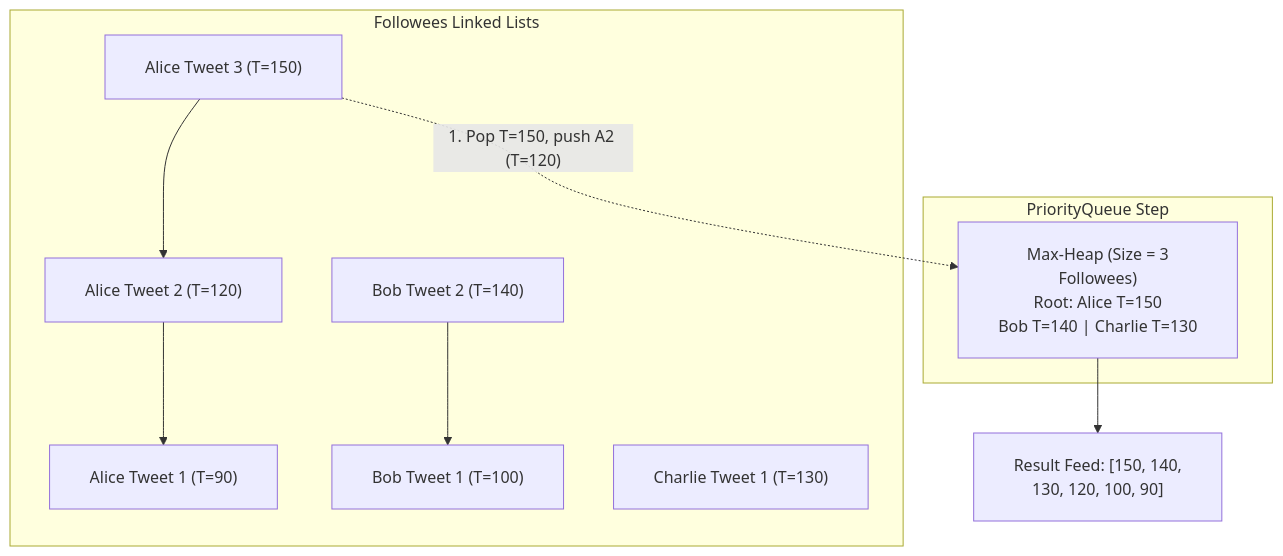
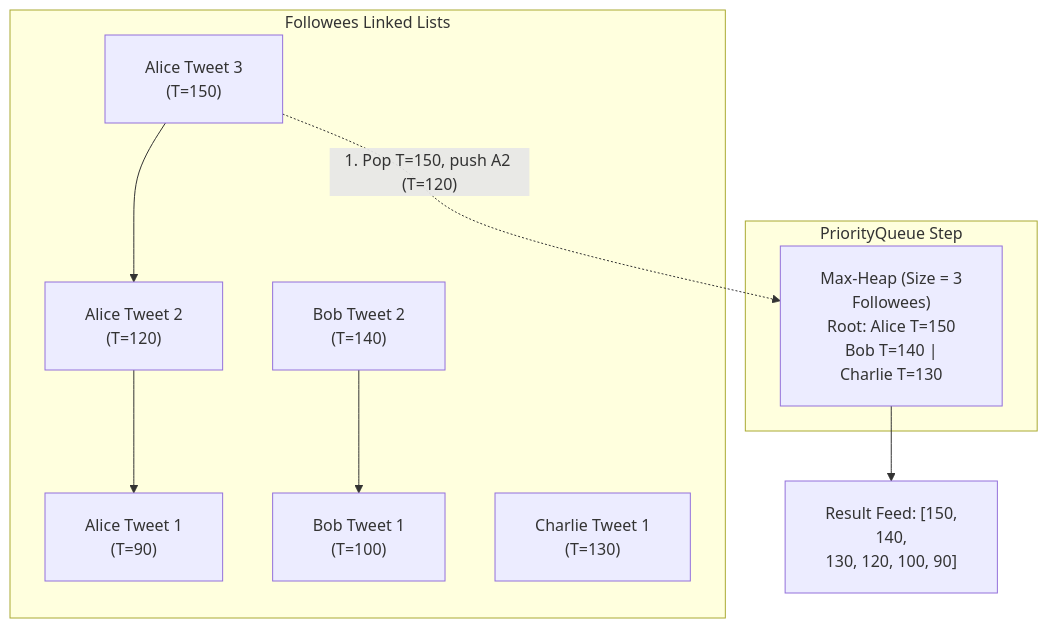
One commit to dip4k/DSA_102 changed the second of 3 diagrams in LLD/03_Tier3_DSA_Screening/30_Social_Media_Feed_Twitter.md. Above: the diagram before and after it, drawn with Mermaid. The commit also changed other lines of this file and 106 other files, not shown here.

First line of the commit message:
fix(mermaid): prevent text clipping with foreignObject overflow and tighter line wrapping

````diff
--- a/LLD/03_Tier3_DSA_Screening/30_Social_Media_Feed_Twitter.md
+++ b/LLD/03_Tier3_DSA_Screening/30_Social_Media_Feed_Twitter.md
@@ -48,16 +48,16 @@
 ```mermaid
-%%{init: {"flowchart": {"htmlLabels": true, "padding": 20}}}%%
+%%{init: {"flowchart": {"htmlLabels": true, "padding": 20}, "themeCSS": "foreignObject { overflow: visible !important; }"}}%%
 graph TD
     subgraph Followees Linked Lists
-        A1["Alice Tweet 3 (T=150)"] --> A2["Alice Tweet 2 (T=120)"] --> A3["Alice Tweet 1 (T=90)"]
-        B1["Bob Tweet 2 (T=140)"] --> B2["Bob Tweet 1 (T=100)"]
-        C1["Charlie Tweet 1 (T=130)"]
+        A1["Alice Tweet 3<br/>(T=150)"] --> A2["Alice Tweet 2<br/>(T=120)"] --> A3["Alice Tweet 1<br/>(T=90)"]
+        B1["Bob Tweet 2<br/>(T=140)"] --> B2["Bob Tweet 1<br/>(T=100)"]
+        C1["Charlie Tweet 1<br/>(T=130)"]
     end
 
     subgraph PriorityQueue Step
-        Heap["Max-Heap (Size = 3<br/>Followees)<br/>Root: Alice T=150<br/>Bob T=140 | Charlie T=130"]
+        Heap["Max-Heap (Size = 3<br/>Followees)<br/>Root: Alice T=150<br/>Bob T=140 |<br/>Charlie T=130"]
     end
 
     A1 -.->|"1. Pop T=150, push A2 (T=120)"| Heap
-    Heap --> Out["Result Feed: [150, 140,<br/>130, 120, 100, 90]"]
+    Heap --> Out["Result Feed: [150,<br/>140,<br/>130, 120, 100, 90]"]
 ```
````
